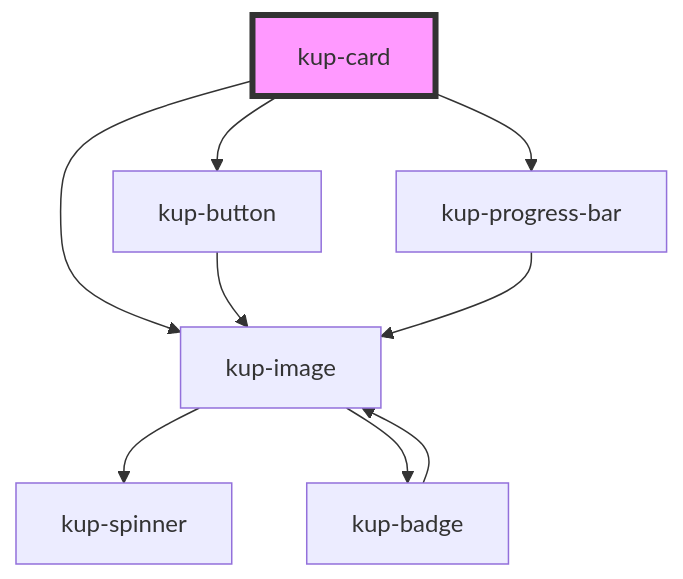
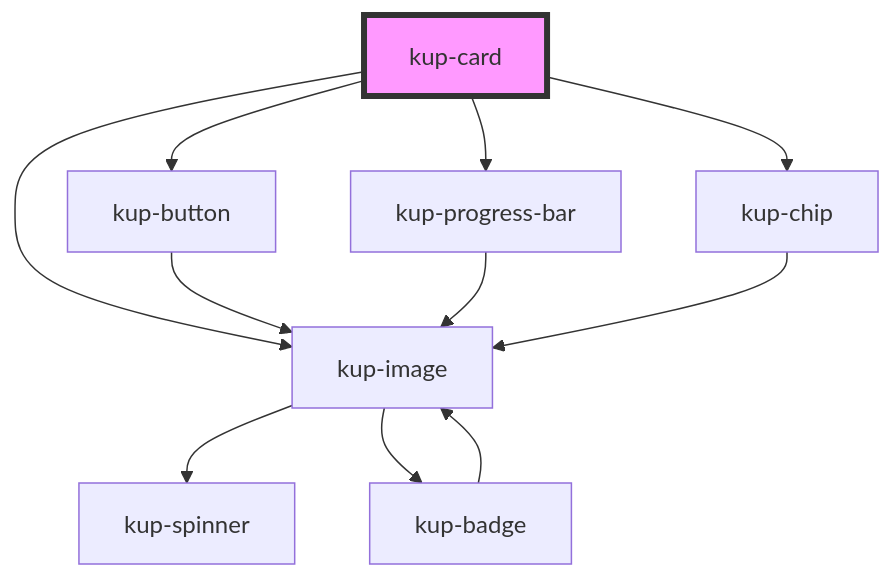
One commit to smeup/ketchup changed the diagram in packages/ketchup/src/components/kup-card/readme.md. Above: the diagram before and after it, drawn with Mermaid. The commit also changed other lines of this file and 6 other files, not shown here.

````diff
--- a/packages/ketchup/src/components/kup-card/readme.md
+++ b/packages/ketchup/src/components/kup-card/readme.md
@@ -38,12 +39,14 @@
 ```mermaid
 graph TD;
   kup-card --> kup-button
   kup-card --> kup-image
   kup-card --> kup-progress-bar
+  kup-card --> kup-chip
   kup-button --> kup-image
   kup-image --> kup-spinner
   kup-image --> kup-badge
   kup-badge --> kup-image
   kup-progress-bar --> kup-image
+  kup-chip --> kup-image
   style kup-card fill:#f9f,stroke:#333,stroke-width:4px
 ```
````
